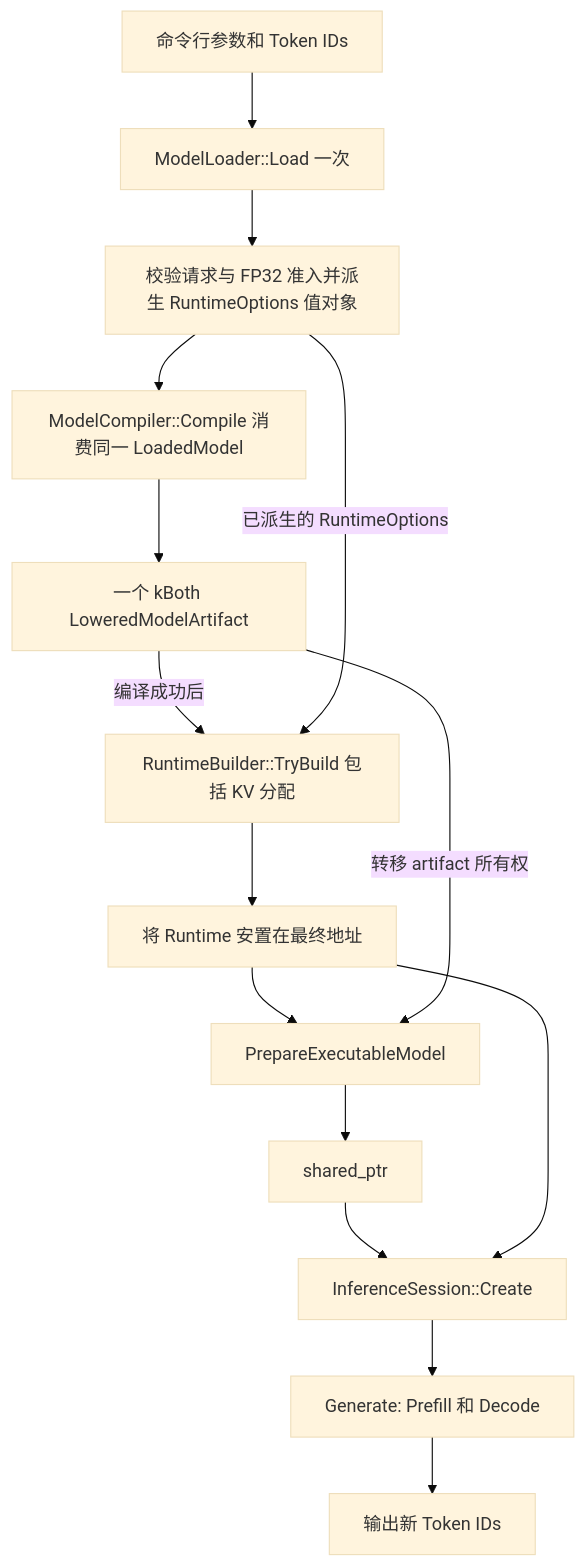
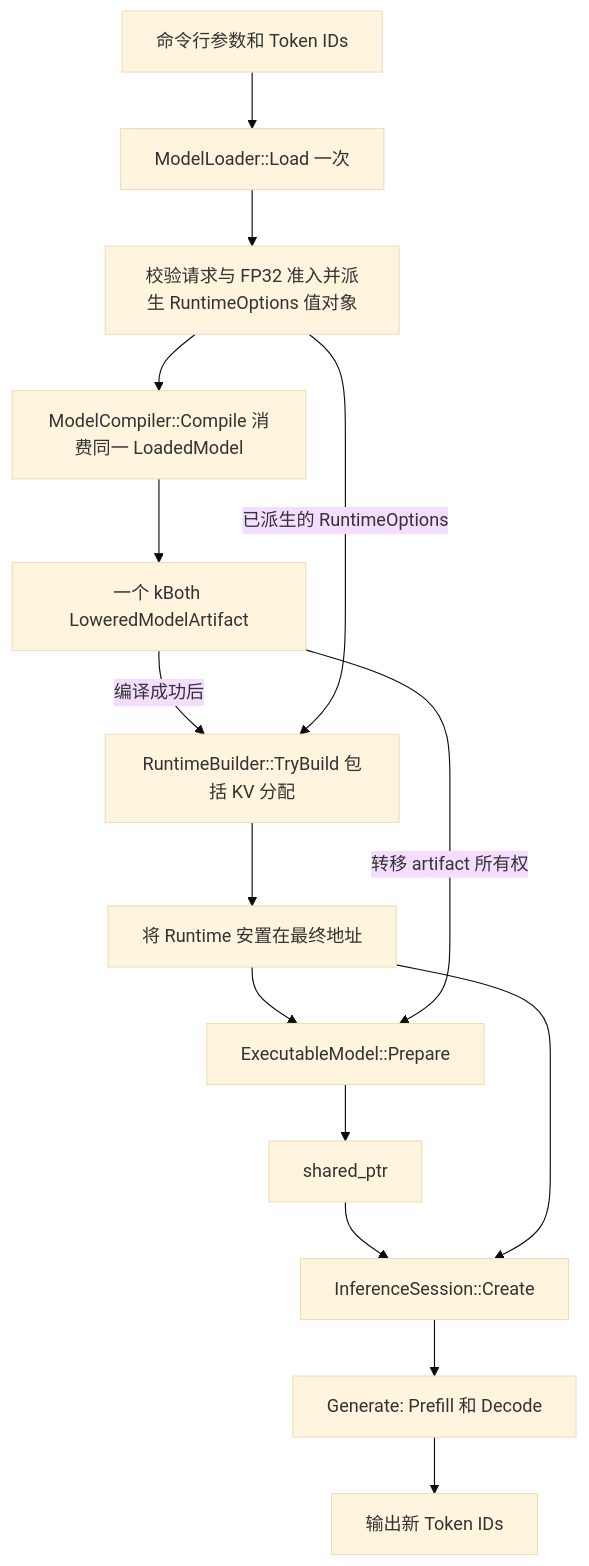
The diagram in docs/improvement-plan/10-upper-level-runtime-assembly.md (fengjiran/AetherMind), drawn with Mermaid (base theme) before and after one commit. The commit also changed other lines of this file and 19 other files, not shown here.

````diff
--- a/docs/improvement-plan/10-upper-level-runtime-assembly.md
+++ b/docs/improvement-plan/10-upper-level-runtime-assembly.md
@@ -64,17 +66,17 @@
 ```mermaid
 flowchart TD
     A[命令行参数和 Token IDs] --> B[ModelLoader::Load 一次]
     B --> C[校验请求与 FP32 准入并派生 RuntimeOptions 值对象]
     C --> D[ModelCompiler::Compile 消费同一 LoadedModel]
     D --> E[一个 kBoth LoweredModelArtifact]
     E -->|编译成功后| F[RuntimeBuilder::TryBuild 包括 KV 分配]
     C -->|已派生的 RuntimeOptions| F
     F --> G[将 Runtime 安置在最终地址]
-    G --> H[PrepareExecutableModel]
+    G --> H[ExecutableModel::Prepare]
     E -->|转移 artifact 所有权| H
     H --> I[shared_ptr<const ExecutableModel>]
     I --> K[InferenceSession::Create]
     G --> K
     K --> L[Generate: Prefill 和 Decode]
     L --> M[输出新 Token IDs]
 ```
````
